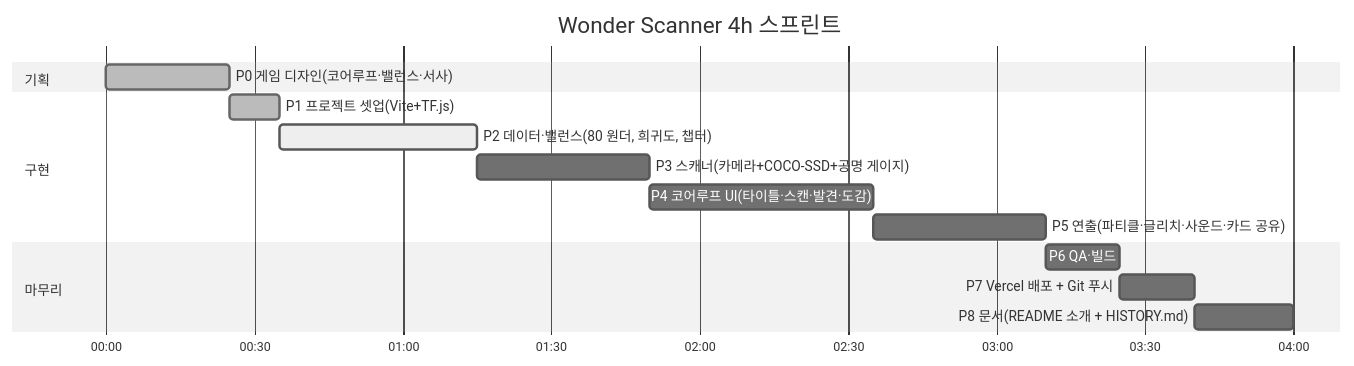
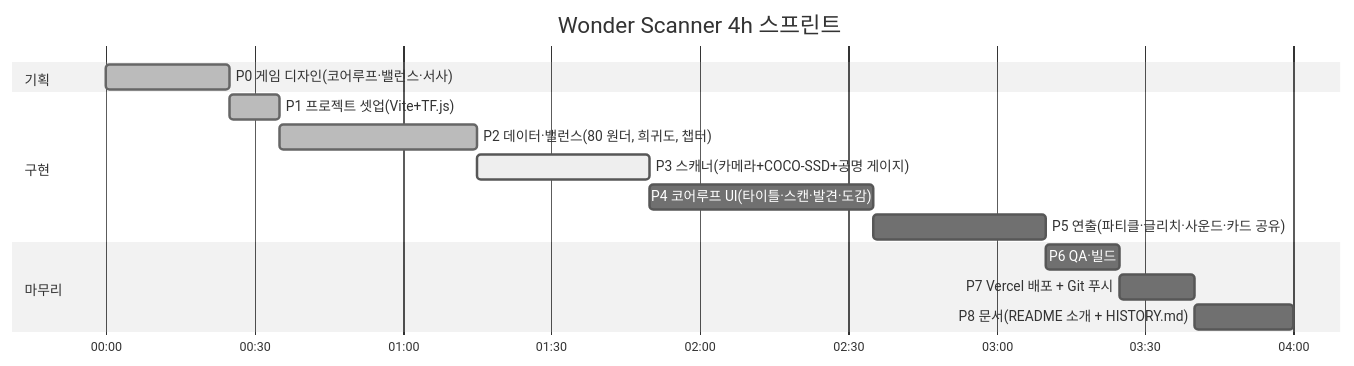
The first of 2 diagrams in README.md (akillness/wonder_scanner), drawn with Mermaid (neutral theme) before and after one commit. The commit also changed other lines of this file and 5 other files, not shown here.

````diff
--- a/README.md
+++ b/README.md
@@ -13,18 +13,18 @@
 ```mermaid
 gantt
     title Wonder Scanner 4h 스프린트
     dateFormat  HH:mm
     axisFormat  %H:%M
     section 기획
     P0 게임 디자인(코어루프·밸런스·서사)   :done, p0, 00:00, 25m
     section 구현
     P1 프로젝트 셋업(Vite+TF.js)          :done, p1, after p0, 10m
-    P2 데이터·밸런스(80 원더, 희귀도, 챕터) :active, p2, after p1, 40m
-    P3 스캐너(카메라+COCO-SSD+공명 게이지)  :p3, after p2, 35m
+    P2 데이터·밸런스(80 원더, 희귀도, 챕터) :done, p2, after p1, 40m
+    P3 스캐너(카메라+COCO-SSD+공명 게이지)  :active, p3, after p2, 35m
     P4 코어루프 UI(타이틀·스캔·발견·도감)   :p4, after p3, 45m
     P5 연출(파티클·글리치·사운드·카드 공유)  :p5, after p4, 35m
     section 마무리
     P6 QA·빌드                             :p6, after p5, 15m
     P7 Vercel 배포 + Git 푸시               :p7, after p6, 15m
     P8 문서(README 소개 + HISTORY.md)       :p8, after p7, 20m
 ```
````
